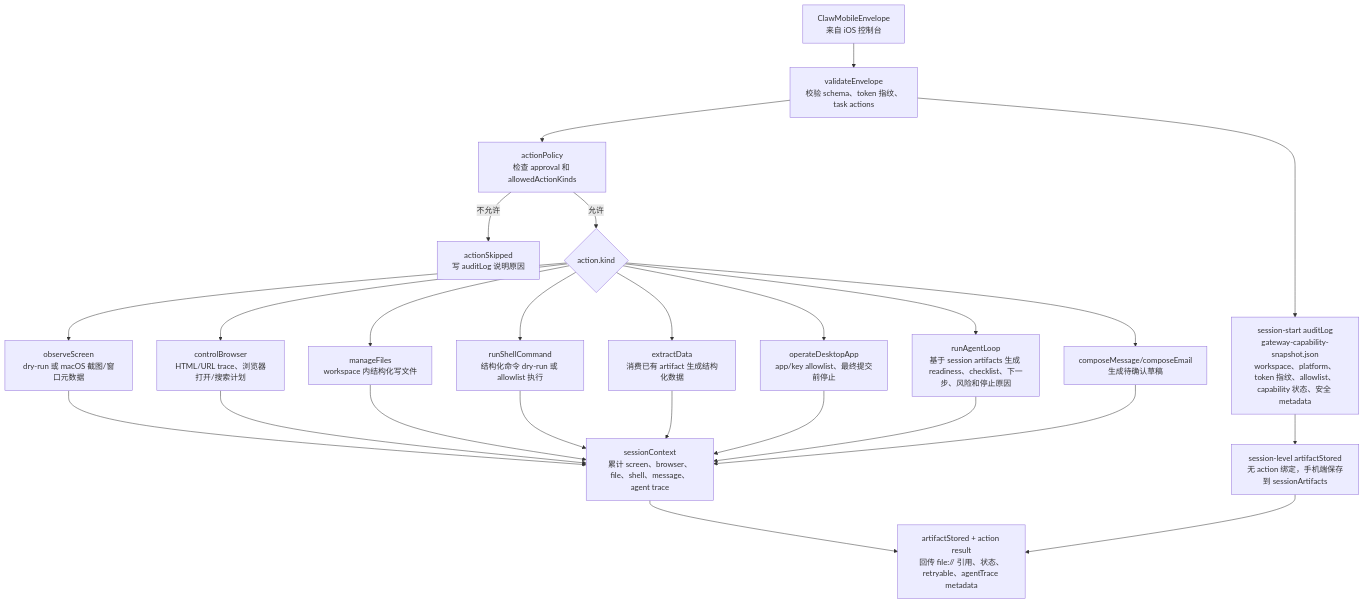
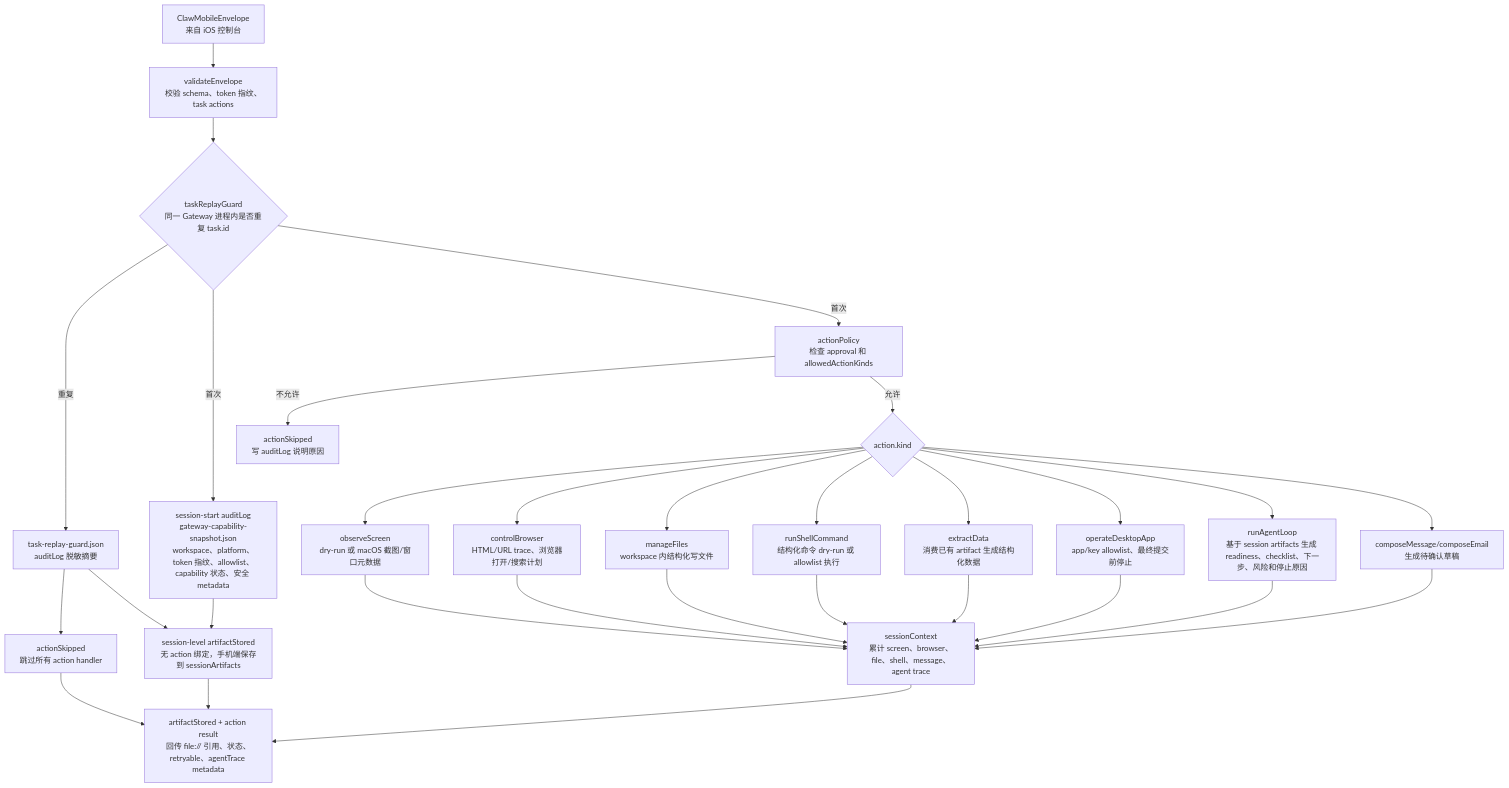
The second of 3 diagrams in md/flow/flowchart.md (Altman-sam114/115), drawn with Mermaid before and after one commit. The commit also changed other lines of this file and 8 other files, not shown here.

Commit message:
v0.13: Gateway task replay guard

````diff
--- a/md/flow/flowchart.md
+++ b/md/flow/flowchart.md
@@ -54,27 +58,32 @@
 ```mermaid
 flowchart TD
   ENV["ClawMobileEnvelope<br/>来自 iOS 控制台"] --> VAL["validateEnvelope<br/>校验 schema、token 指纹、task actions"]
-  VAL --> SNAP["session-start auditLog<br/>gateway-capability-snapshot.json<br/>workspace、platform、token 指纹、allowlist、capability 状态、安全 metadata"]
-  VAL --> POL["actionPolicy<br/>检查 approval 和 allowedActionKinds"]
+  VAL --> REPLAY{"taskReplayGuard<br/>同一 Gateway 进程内是否重复 task.id"}
+  REPLAY -->|"重复"| RG["task-replay-guard.json<br/>auditLog 脱敏摘要"]
+  RG --> RGS["actionSkipped<br/>跳过所有 action handler"]
+  RG --> SOUT
+  RGS --> OUT
+  REPLAY -->|"首次"| SNAP["session-start auditLog<br/>gateway-capability-snapshot.json<br/>workspace、platform、token 指纹、allowlist、capability 状态、安全 metadata"]
+  REPLAY -->|"首次"| POL["actionPolicy<br/>检查 approval 和 allowedActionKinds"]
   POL -->|不允许| SKIP["actionSkipped<br/>写 auditLog 说明原因"]
   POL -->|允许| KIND{"action.kind"}
   KIND --> OBS["observeScreen<br/>dry-run 或 macOS 截图/窗口元数据"]
   KIND --> BRO["controlBrowser<br/>HTML/URL trace、浏览器打开/搜索计划"]
   KIND --> FILE["manageFiles<br/>workspace 内结构化写文件"]
   KIND --> SH["runShellCommand<br/>结构化命令 dry-run 或 allowlist 执行"]
   KIND --> EXT["extractData<br/>消费已有 artifact 生成结构化数据"]
   KIND --> APP["operateDesktopApp<br/>app/key allowlist、最终提交前停止"]
   KIND --> AG["runAgentLoop<br/>基于 session artifacts 生成 readiness、checklist、下一步、风险和停止原因"]
   KIND --> MSG["composeMessage/composeEmail<br/>生成待确认草稿"]
   OBS --> CTX["sessionContext<br/>累计 screen、browser、file、shell、message、agent trace"]
   BRO --> CTX
   FILE --> CTX
   SH --> CTX
   EXT --> CTX
   APP --> CTX
   AG --> CTX
   MSG --> CTX
   SNAP --> SOUT["session-level artifactStored<br/>无 action 绑定，手机端保存到 sessionArtifacts"]
   CTX --> OUT["artifactStored + action result<br/>回传 file:// 引用、状态、retryable、agentTrace metadata"]
   SOUT --> OUT
 ```
````
